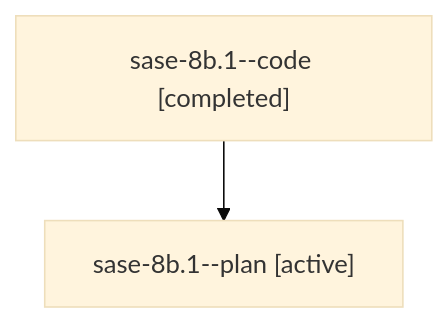
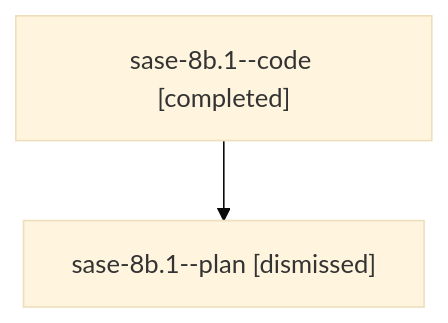
Before and after one commit to sase-org/sase--agents: the diagram in sessions/bbugyi200.athena.sase-8b.1.md, drawn with Mermaid (base theme). The commit also changed other lines of this file and 82 other files, not shown here.

````diff
--- a/sessions/bbugyi200.athena.sase-8b.1.md
+++ b/sessions/bbugyi200.athena.sase-8b.1.md
@@ -9,6 +9,6 @@
 ```mermaid
 flowchart TD
   n0["sase-8b.1--code [completed]"]
-  n1["sase-8b.1--plan [active]"]
+  n1["sase-8b.1--plan [dismissed]"]
   n0 --> n1
 ```
````
